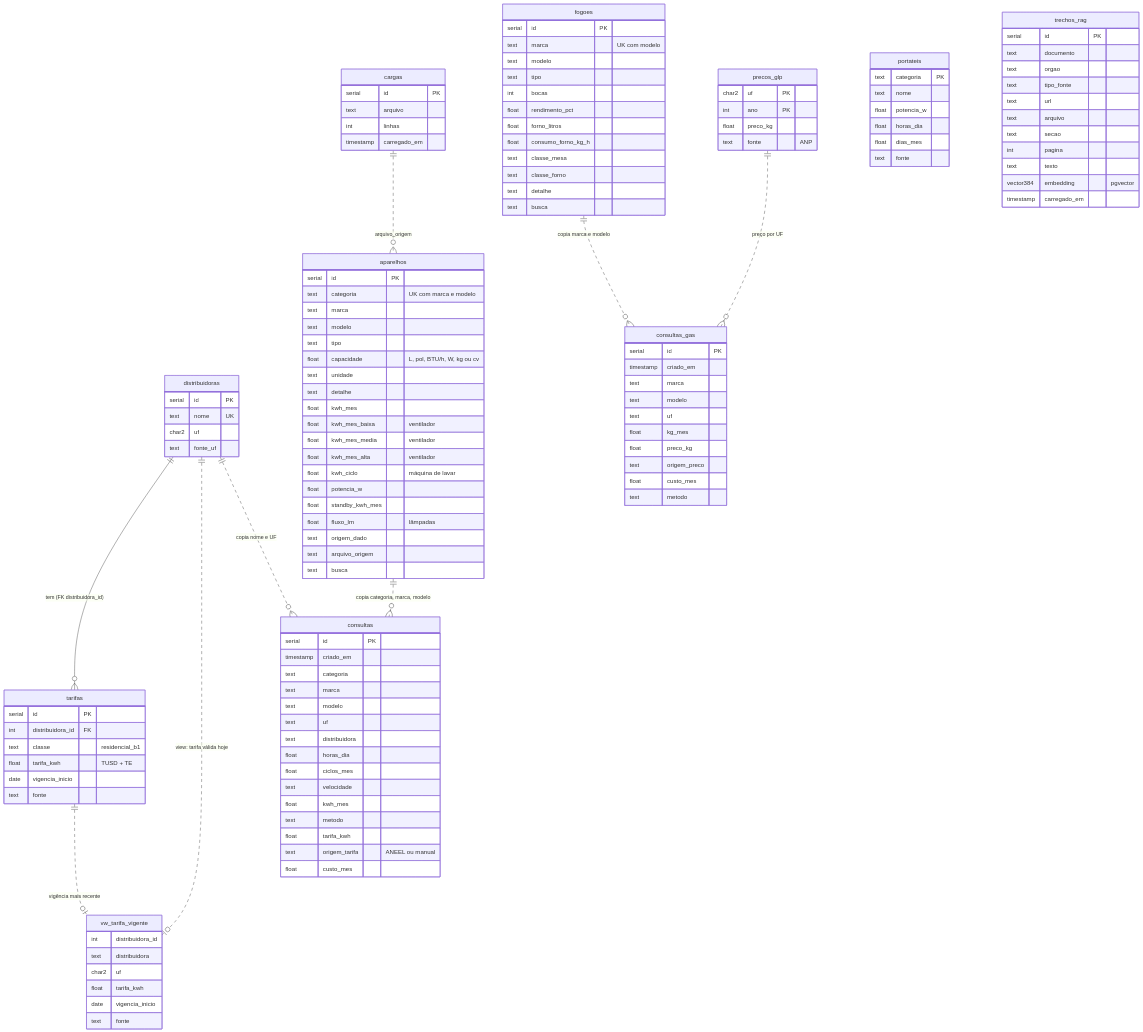
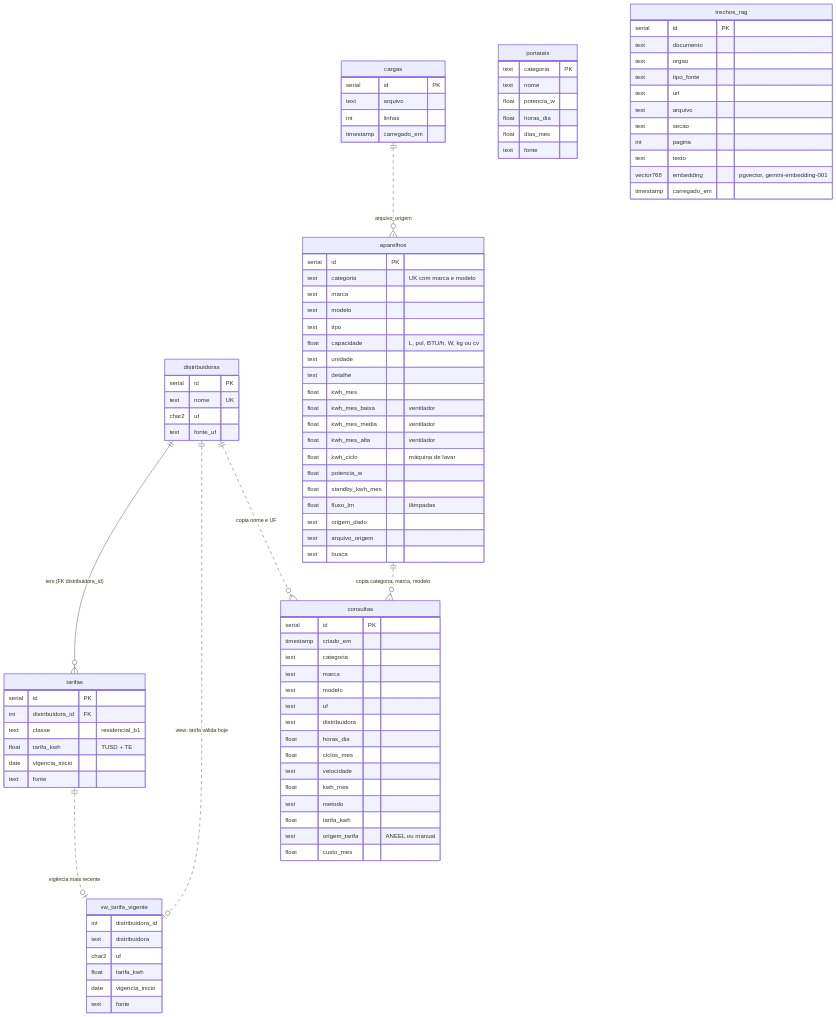
One commit to BrunoStainski/ProjetoTCS-2026 changed the diagram in docs/der.mmd. Above: the diagram before and after it, drawn with Mermaid. The commit also changed 2 other files, not shown here.

Commit message:
Atualiza o DER: sem as tabelas do gás e com embedding do Gemini (768)

```diff
--- a/docs/der.mmd
+++ b/docs/der.mmd
@@ -1,142 +1,108 @@
-%% DER do banco do iamp (PostgreSQL 15 + pgvector). Fonte: src/banco.py (ESQUEMA) e src/rag.py (ESQUEMA_RAG).
+%% DER do banco do iamp (PostgreSQL 15 + pgvector). Fonte: src/banco.py (SCHEMA) e src/rag.py (RAG_SCHEMA).
 %% Linha cheia = chave estrangeira no banco. Linha tracejada = ligação lógica (mesmo valor, sem FK).
 %% Gerar a imagem: npx -p @mermaid-js/mermaid-cli mmdc -i docs/der.mmd -o docs/der.png -b white -s 2
 erDiagram
     distribuidoras ||--o{ tarifas : "tem (FK distribuidora_id)"
     distribuidoras ||..o| vw_tarifa_vigente : "view: tarifa válida hoje"
     tarifas ||..o| vw_tarifa_vigente : "vigência mais recente"
     aparelhos ||..o{ consultas : "copia categoria, marca, modelo"
     distribuidoras ||..o{ consultas : "copia nome e UF"
-    fogoes ||..o{ consultas_gas : "copia marca e modelo"
-    precos_glp ||..o{ consultas_gas : "preço por UF"
     cargas ||..o{ aparelhos : "arquivo_origem"
 
     aparelhos {
         serial id PK
         text categoria "UK com marca e modelo"
         text marca
         text modelo
         text tipo
         float capacidade "L, pol, BTU/h, W, kg ou cv"
         text unidade
         text detalhe
         float kwh_mes
         float kwh_mes_baixa "ventilador"
         float kwh_mes_media "ventilador"
         float kwh_mes_alta "ventilador"
         float kwh_ciclo "máquina de lavar"
         float potencia_w
         float standby_kwh_mes
         float fluxo_lm "lâmpadas"
         text origem_dado
         text arquivo_origem
         text busca
     }
 
     distribuidoras {
         serial id PK
         text nome UK
         char2 uf
         text fonte_uf
     }
 
     tarifas {
         serial id PK
         int distribuidora_id FK
         text classe "residencial_b1"
         float tarifa_kwh "TUSD + TE"
         date vigencia_inicio
         text fonte
     }
 
     vw_tarifa_vigente {
         int distribuidora_id
         text distribuidora
         char2 uf
         float tarifa_kwh
         date vigencia_inicio
         text fonte
     }
 
     cargas {
         serial id PK
         text arquivo
         int linhas
         timestamp carregado_em
     }
 
     consultas {
         serial id PK
         timestamp criado_em
         text categoria
         text marca
         text modelo
         text uf
         text distribuidora
         float horas_dia
         float ciclos_mes
         text velocidade
         float kwh_mes
         text metodo
         float tarifa_kwh
         text origem_tarifa "ANEEL ou manual"
         float custo_mes
     }
 
     portateis {
         text categoria PK
         text nome
         float potencia_w
         float horas_dia
         float dias_mes
         text fonte
     }
 
-    fogoes {
-        serial id PK
-        text marca "UK com modelo"
-        text modelo
-        text tipo
-        int bocas
-        float rendimento_pct
-        float forno_litros
-        float consumo_forno_kg_h
-        text classe_mesa
-        text classe_forno
-        text detalhe
-        text busca
-    }
 
-    precos_glp {
-        char2 uf PK
-        int ano PK
-        float preco_kg
-        text fonte "ANP"
-    }
 
-    consultas_gas {
-        serial id PK
-        timestamp criado_em
-        text marca
-        text modelo
-        text uf
-        float kg_mes
-        float preco_kg
-        text origem_preco
-        float custo_mes
-        text metodo
-    }
 
     trechos_rag {
         serial id PK
         text documento
         text orgao
         text tipo_fonte
         text url
         text arquivo
         text secao
         int pagina
         text texto
-        vector384 embedding "pgvector"
+        vector768 embedding "pgvector, gemini-embedding-001"
         timestamp carregado_em
     }
```
